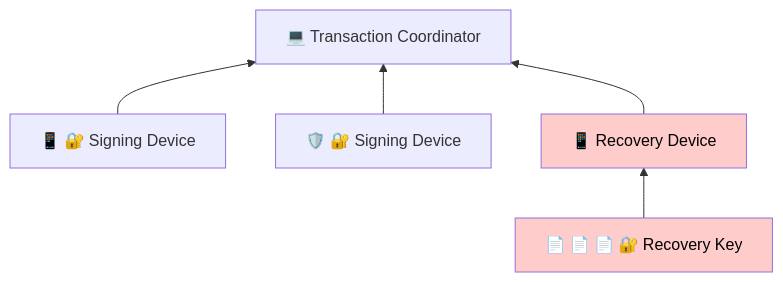
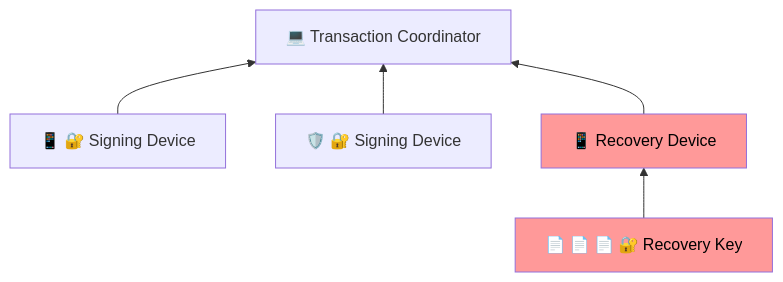
Before and after one commit to BlockchainCommons/SmartCustody: the first of 26 diagrams in Docs/Scenario-Multisig.md, drawn with Mermaid.

````diff
--- a/Docs/Scenario-Multisig.md
+++ b/Docs/Scenario-Multisig.md
@@ -18,15 +18,15 @@
 ```mermaid
     graph BT;
     A["💻 Transaction Coordinator"]
     B["📱 🔐 Signing Device"]
     C["🛡️ 🔐 Signing Device"]
     D["📱 Recovery Device"]
     E["📄 📄 📄 🔐 Recovery Key"]
     B-->A;
     C-->A;
     D-->A;
     E-->D;
     
-style D color:#000,fill:#ffcccc;
-style E color:#000,fill:#ffcccc;
+style D color:#000,fill:#ff9999;
+style E color:#000,fill:#ff9999;
 ```
````
